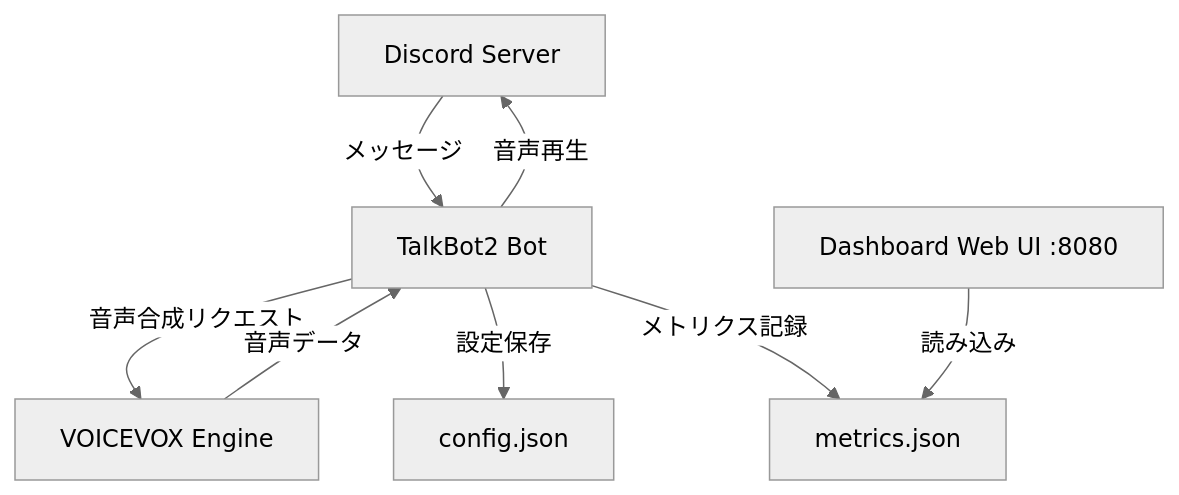
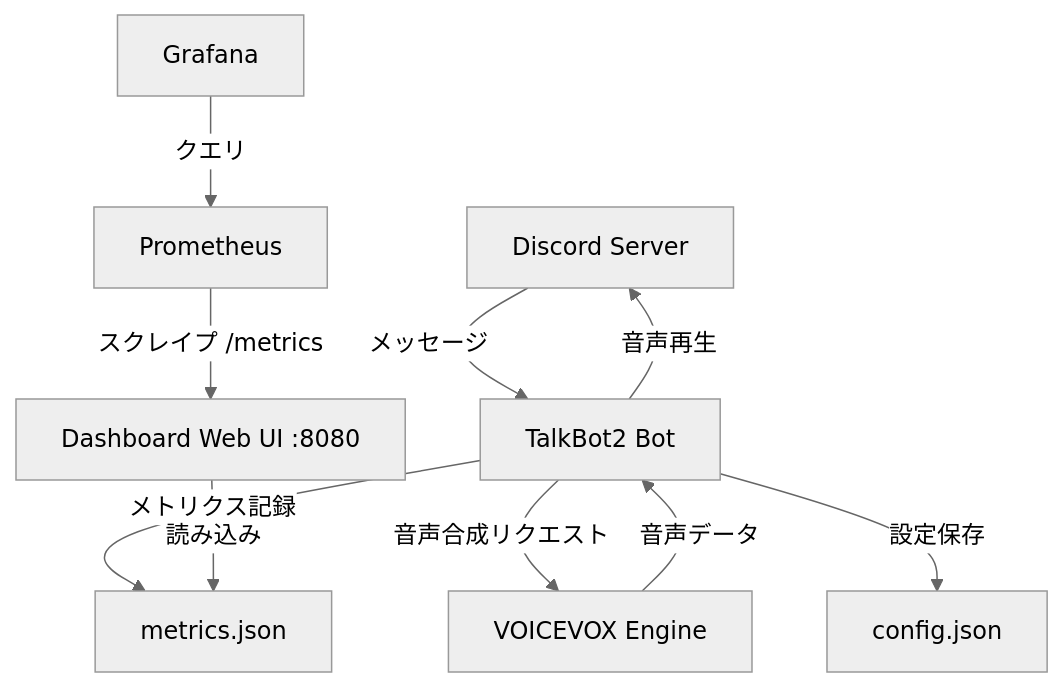
Before and after one commit to syuutaMC/TalkBot2: the diagram in README.md, drawn with Mermaid (neutral theme). The commit also changed other lines of this file, not shown here.

First line of the commit message:
docs: README を Prometheus exporter 対応に更新

````diff
--- a/README.md
+++ b/README.md
@@ -61,17 +63,21 @@
 ```mermaid
 graph TB
     Discord[Discord Server]
     Bot[TalkBot2 Bot]
     VOICEVOX[VOICEVOX Engine]
     Config[config.json]
     Metrics[metrics.json]
     Dashboard[Dashboard Web UI :8080]
+    Prometheus[Prometheus]
+    Grafana[Grafana]
     
     Discord -->|メッセージ| Bot
     Bot -->|音声合成リクエスト| VOICEVOX
     VOICEVOX -->|音声データ| Bot
     Bot -->|音声再生| Discord
     Bot -->|設定保存| Config
     Bot -->|メトリクス記録| Metrics
     Dashboard -->|読み込み| Metrics
+    Prometheus -->|スクレイプ /metrics| Dashboard
+    Grafana -->|クエリ| Prometheus
 ```
````
